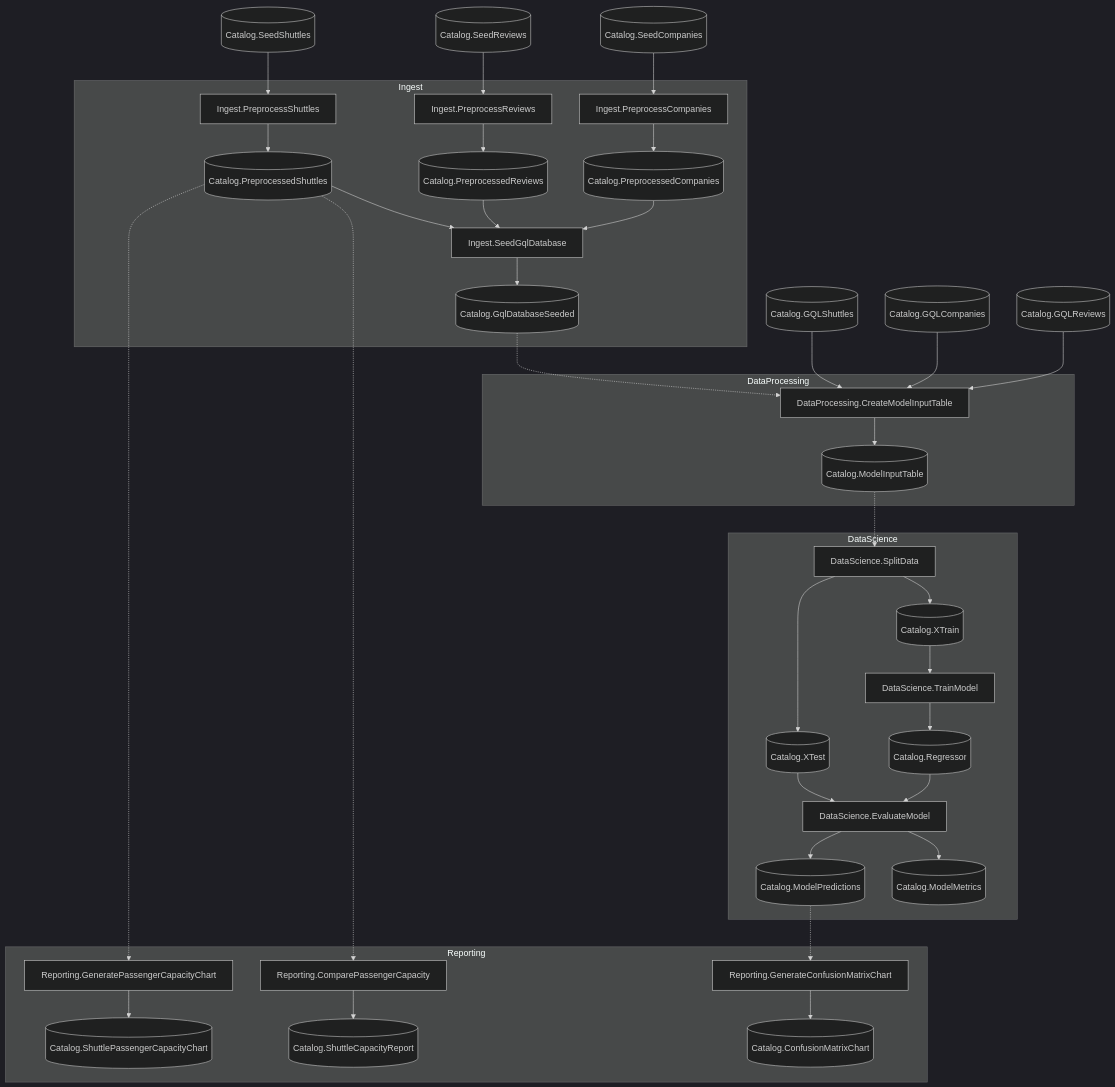
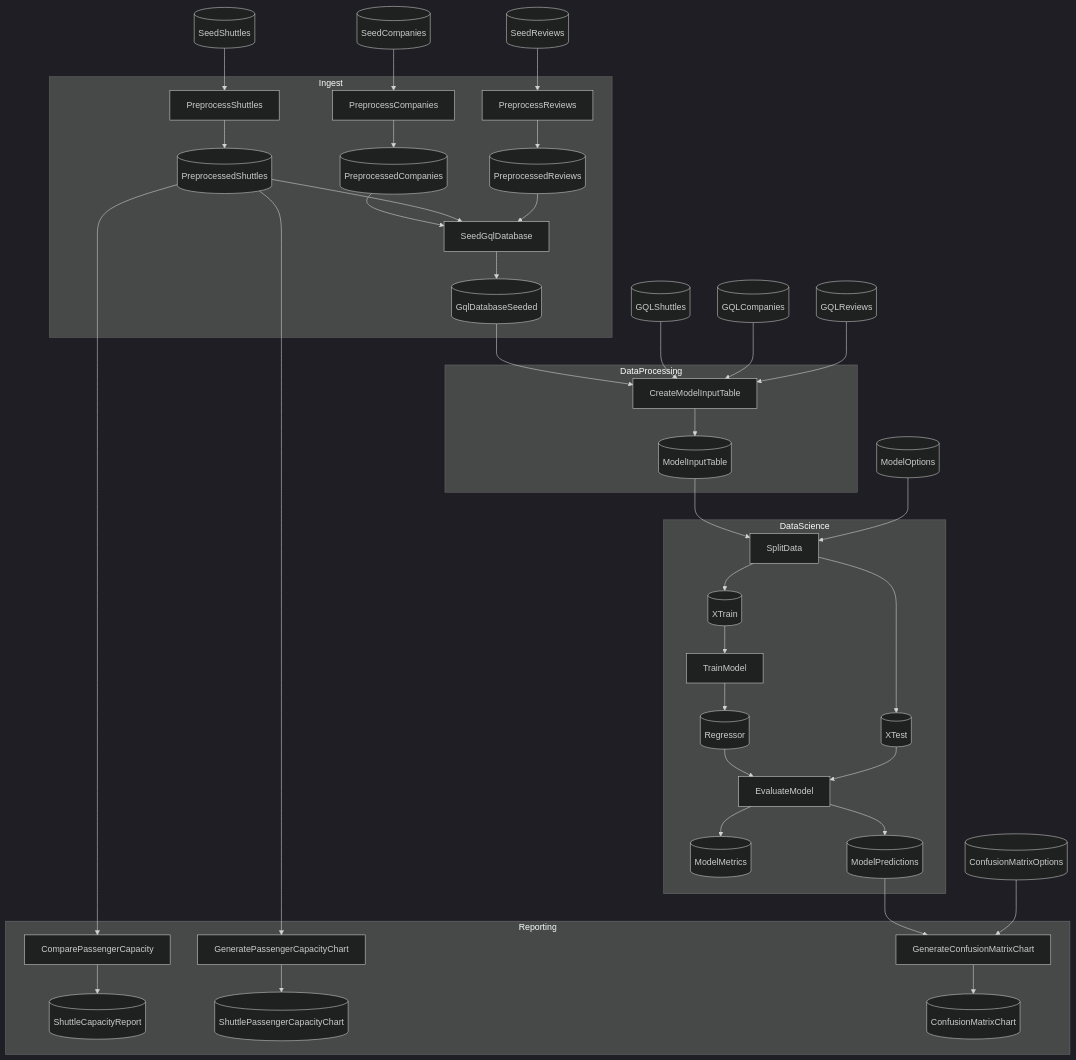
Before and after one commit to chaoticgoodcomputing/flowthru: the diagram in examples/advanced/KedroSpaceflightsGQL/README.md, drawn with Mermaid (dark theme). The commit also changed other lines of this file and 75 other files, not shown here.

````diff
--- a/examples/advanced/KedroSpaceflightsGQL/README.md
+++ b/examples/advanced/KedroSpaceflightsGQL/README.md
@@ -27,84 +28,83 @@
 flowchart TB
 
     %% External Data Inputs
-    Catalog_SeedCompanies[("Catalog.SeedCompanies")]
-    Catalog_SeedShuttles[("Catalog.SeedShuttles")]
-    Catalog_SeedReviews[("Catalog.SeedReviews")]
-    Catalog_GQLShuttles[("Catalog.GQLShuttles")]
-    Catalog_GQLCompanies[("Catalog.GQLCompanies")]
-    Catalog_GQLReviews[("Catalog.GQLReviews")]
+    ConfusionMatrixOptions[("ConfusionMatrixOptions")]
+    GQLCompanies[("GQLCompanies")]
+    GQLReviews[("GQLReviews")]
+    GQLShuttles[("GQLShuttles")]
+    ModelOptions[("ModelOptions")]
+    SeedCompanies[("SeedCompanies")]
+    SeedReviews[("SeedReviews")]
+    SeedShuttles[("SeedShuttles")]
 
     subgraph DataProcessing["DataProcessing"]
-        DataProcessing_CreateModelInputTable["DataProcessing.CreateModelInputTable"]
-        Catalog_ModelInputTable[("Catalog.ModelInputTable")]
-
-        DataProcessing_CreateModelInputTable --> Catalog_ModelInputTable
+        CreateModelInputTable["CreateModelInputTable"]
+        ModelInputTable[("ModelInputTable")]
     end
 
     subgraph DataScience["DataScience"]
-        DataScience_SplitData["DataScience.SplitData"]
-        DataScience_TrainModel["DataScience.TrainModel"]
-        DataScience_EvaluateModel["DataScience.EvaluateModel"]
-        Catalog_XTrain[("Catalog.XTrain")]
-        Catalog_XTest[("Catalog.XTest")]
-        Catalog_Regressor[("Catalog.Regressor")]
-        Catalog_ModelMetrics[("Catalog.ModelMetrics")]
-        Catalog_ModelPredictions[("Catalog.ModelPredictions")]
-
-        DataScience_SplitData --> Catalog_XTrain
-        DataScience_SplitData --> Catalog_XTest
-        Catalog_XTrain --> DataScience_TrainModel
-        DataScience_TrainModel --> Catalog_Regressor
-        Catalog_Regressor --> DataScience_EvaluateModel
-        Catalog_XTest --> DataScience_EvaluateModel
-        DataScience_EvaluateModel --> Catalog_ModelMetrics
-        DataScience_EvaluateModel --> Catalog_ModelPredictions
+        SplitData["SplitData"]
+        XTrain[("XTrain")]
+        XTest[("XTest")]
+        TrainModel["TrainModel"]
+        Regressor[("Regressor")]
+        EvaluateModel["EvaluateModel"]
+        ModelMetrics[("ModelMetrics")]
+        ModelPredictions[("ModelPredictions")]
     end
 
     subgraph Ingest["Ingest"]
-        Ingest_PreprocessCompanies["Ingest.PreprocessCompanies"]
-        Ingest_PreprocessReviews["Ingest.PreprocessReviews"]
-        Ingest_PreprocessShuttles["Ingest.PreprocessShuttles"]
-        Ingest_SeedGqlDatabase["Ingest.SeedGqlDatabase"]
-        Catalog_PreprocessedCompanies[("Catalog.PreprocessedCompanies")]
-        Catalog_PreprocessedShuttles[("Catalog.PreprocessedShuttles")]
-        Catalog_PreprocessedReviews[("Catalog.PreprocessedReviews")]
-        Catalog_GqlDatabaseSeeded[("Catalog.GqlDatabaseSeeded")]
-
-        Ingest_PreprocessCompanies --> Catalog_PreprocessedCompanies
-        Ingest_PreprocessReviews --> Catalog_PreprocessedReviews
-        Ingest_PreprocessShuttles --> Catalog_PreprocessedShuttles
-        Catalog_PreprocessedCompanies --> Ingest_SeedGqlDatabase
-        Catalog_PreprocessedShuttles --> Ingest_SeedGqlDatabase
-        Catalog_PreprocessedReviews --> Ingest_SeedGqlDatabase
-        Ingest_SeedGqlDatabase --> Catalog_GqlDatabaseSeeded
+        PreprocessCompanies["PreprocessCompanies"]
+        PreprocessedCompanies[("PreprocessedCompanies")]
+        PreprocessShuttles["PreprocessShuttles"]
+        PreprocessedShuttles[("PreprocessedShuttles")]
+        PreprocessReviews["PreprocessReviews"]
+        PreprocessedReviews[("PreprocessedReviews")]
+        SeedGqlDatabase["SeedGqlDatabase"]
+        GqlDatabaseSeeded[("GqlDatabaseSeeded")]
     end
 
     subgraph Reporting["Reporting"]
-        Reporting_ComparePassengerCapacity["Reporting.ComparePassengerCapacity"]
-        Reporting_GeneratePassengerCapacityChart["Reporting.GeneratePassengerCapacityChart"]
-        Reporting_GenerateConfusionMatrixChart["Reporting.GenerateConfusionMatrixChart"]
-        Catalog_ShuttleCapacityReport[("Catalog.ShuttleCapacityReport")]
-        Catalog_ShuttlePassengerCapacityChart[("Catalog.ShuttlePassengerCapacityChart")]
-        Catalog_ConfusionMatrixChart[("Catalog.ConfusionMatrixChart")]
-
-        Reporting_ComparePassengerCapacity --> Catalog_ShuttleCapacityReport
-        Reporting_GeneratePassengerCapacityChart --> Catalog_ShuttlePassengerCapacityChart
-        Reporting_GenerateConfusionMatrixChart --> Catalog_ConfusionMatrixChart
+        ComparePassengerCapacity["ComparePassengerCapacity"]
+        ShuttleCapacityReport[("ShuttleCapacityReport")]
+        GeneratePassengerCapacityChart["GeneratePassengerCapacityChart"]
+        ShuttlePassengerCapacityChart[("ShuttlePassengerCapacityChart")]
+        GenerateConfusionMatrixChart["GenerateConfusionMatrixChart"]
+        ConfusionMatrixChart[("ConfusionMatrixChart")]
     end
 
-    %% External Data to Flow Edges
-    Catalog_SeedCompanies --> Ingest_PreprocessCompanies
-    Catalog_SeedShuttles --> Ingest_PreprocessShuttles
-    Catalog_SeedReviews --> Ingest_PreprocessReviews
-    Catalog_GQLShuttles --> DataProcessing_CreateModelInputTable
-    Catalog_GQLCompanies --> DataProcessing_CreateModelInputTable
-    Catalog_GQLReviews --> DataProcessing_CreateModelInputTable
+    %% Edges
+    SeedCompanies --> PreprocessCompanies
+    PreprocessCompanies --> PreprocessedCompanies
+    SeedShuttles --> PreprocessShuttles
+    PreprocessShuttles --> PreprocessedShuttles
+    SeedReviews --> PreprocessReviews
+    PreprocessReviews --> PreprocessedReviews
+    PreprocessedShuttles --> ComparePassengerCapacity
+    ComparePassengerCapacity --> ShuttleCapacityReport
+    PreprocessedShuttles --> GeneratePassengerCapacityChart
+    GeneratePassengerCapacityChart --> ShuttlePassengerCapacityChart
+    PreprocessedCompanies --> SeedGqlDatabase
+    PreprocessedShuttles --> SeedGqlDatabase
+    PreprocessedReviews --> SeedGqlDatabase
+    SeedGqlDatabase --> GqlDatabaseSeeded
+    GqlDatabaseSeeded --> CreateModelInputTable
+    GQLShuttles --> CreateModelInputTable
+    GQLCompanies --> CreateModelInputTable
+    GQLReviews --> CreateModelInputTable
+    CreateModelInputTable --> ModelInputTable
+    ModelInputTable --> SplitData
+    ModelOptions --> SplitData
+    SplitData --> XTrain
+    SplitData --> XTest
+    XTrain --> TrainModel
+    TrainModel --> Regressor
+    Regressor --> EvaluateModel
+    XTest --> EvaluateModel
+    EvaluateModel --> ModelMetrics
+    EvaluateModel --> ModelPredictions
+    ModelPredictions --> GenerateConfusionMatrixChart
+    ConfusionMatrixOptions --> GenerateConfusionMatrixChart
+    GenerateConfusionMatrixChart --> ConfusionMatrixChart
 
-    %% Cross-Flow Data Flow
-    Catalog_PreprocessedShuttles -.-> Reporting_ComparePassengerCapacity
-    Catalog_PreprocessedShuttles -.-> Reporting_GeneratePassengerCapacityChart
-    Catalog_GqlDatabaseSeeded -.-> DataProcessing_CreateModelInputTable
-    Catalog_ModelInputTable -.-> DataScience_SplitData
-    Catalog_ModelPredictions -.-> Reporting_GenerateConfusionMatrixChart
 ```
````
